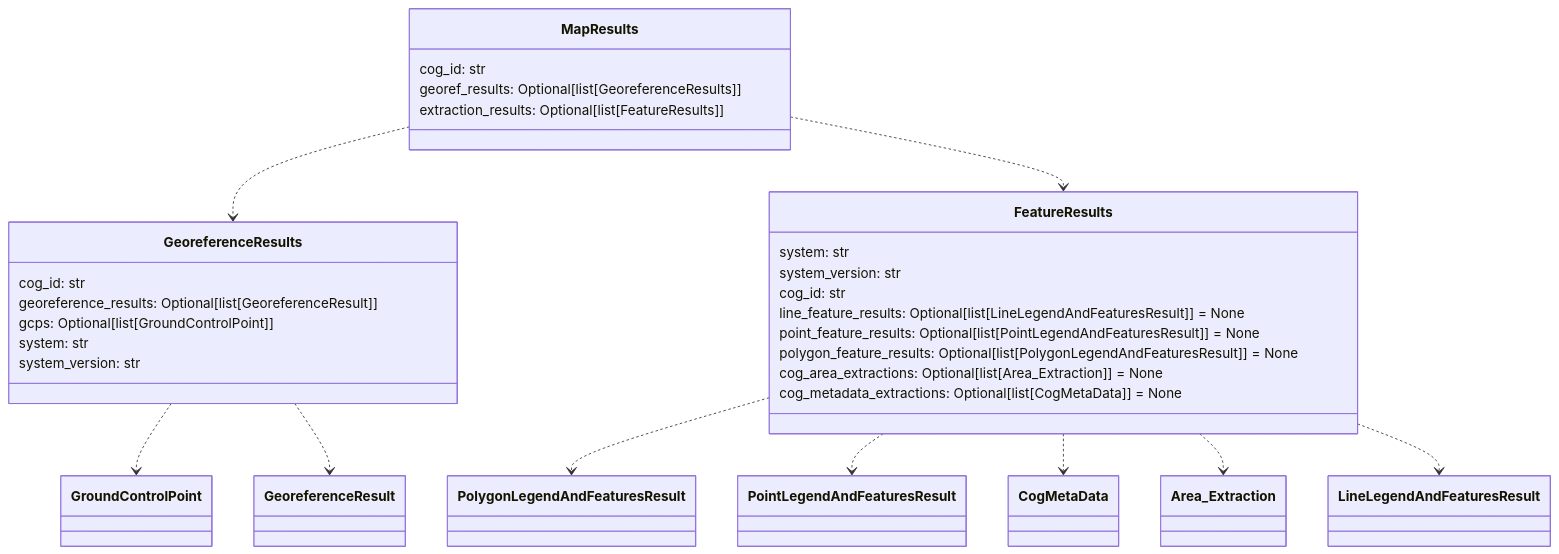
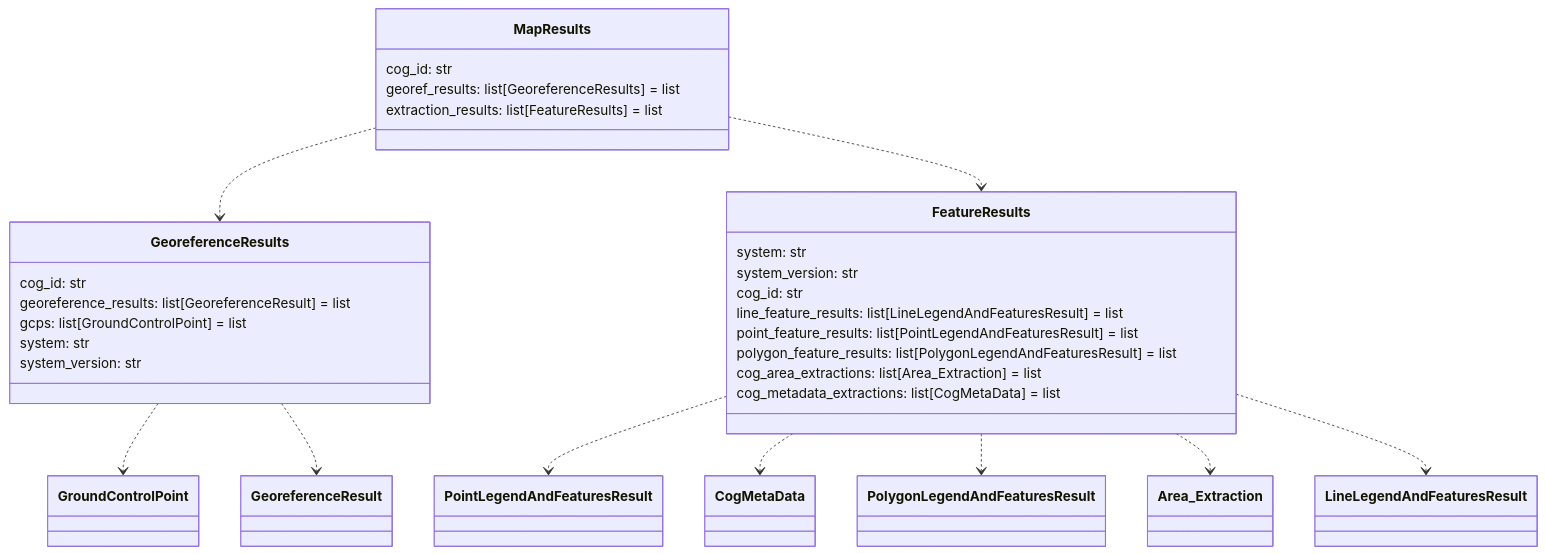
Before and after one commit to DARPA-CRITICALMAAS/cdr_schemas: diagram 11 of 12 in README.md, drawn with Mermaid. The commit also changed other lines of this file and 20 other files, not shown here.

````diff
--- a/README.md
+++ b/README.md
@@ -905,40 +905,40 @@
 ```mermaid
 classDiagram
 
     class MapResults {
         cog_id: str
-        georef_results: Optional[list[GeoreferenceResults]]
-        extraction_results: Optional[list[FeatureResults]]
+        georef_results: list[GeoreferenceResults] = list
+        extraction_results: list[FeatureResults] = list
     }
 
     class GeoreferenceResults {
         cog_id: str
-        georeference_results: Optional[list[GeoreferenceResult]]
-        gcps: Optional[list[GroundControlPoint]]
+        georeference_results: list[GeoreferenceResult] = list
+        gcps: list[GroundControlPoint] = list
         system: str
         system_version: str
     }
 
     class FeatureResults {
         system: str
         system_version: str
         cog_id: str
-        line_feature_results: Optional[list[LineLegendAndFeaturesResult]] = None
-        point_feature_results: Optional[list[PointLegendAndFeaturesResult]] = None
-        polygon_feature_results: Optional[list[PolygonLegendAndFeaturesResult]] = None
-        cog_area_extractions: Optional[list[Area_Extraction]] = None
-        cog_metadata_extractions: Optional[list[CogMetaData]] = None
+        line_feature_results: list[LineLegendAndFeaturesResult] = list
+        point_feature_results: list[PointLegendAndFeaturesResult] = list
+        polygon_feature_results: list[PolygonLegendAndFeaturesResult] = list
+        cog_area_extractions: list[Area_Extraction] = list
+        cog_metadata_extractions: list[CogMetaData] = list
     }
 
-    FeatureResults ..> PolygonLegendAndFeaturesResult
     FeatureResults ..> PointLegendAndFeaturesResult
     FeatureResults ..> CogMetaData
+    FeatureResults ..> PolygonLegendAndFeaturesResult
     FeatureResults ..> Area_Extraction
     FeatureResults ..> LineLegendAndFeaturesResult
     GeoreferenceResults ..> GroundControlPoint
     GeoreferenceResults ..> GeoreferenceResult
     MapResults ..> GeoreferenceResults
     MapResults ..> FeatureResults
 
 
 ```
````
